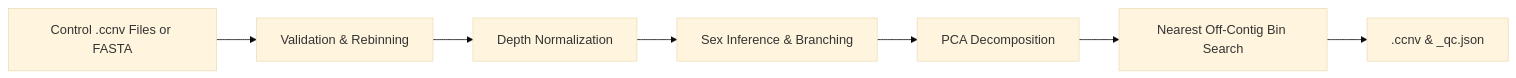
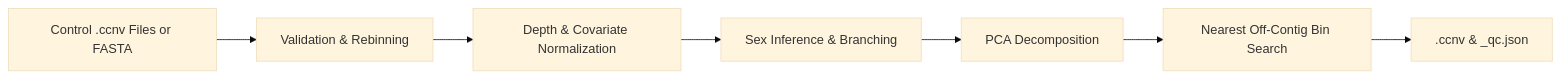
Before and after one commit to matthdsm/ccnv: the second of 3 diagrams in docs/cli.md, drawn with Mermaid (base theme). The commit also changed other lines of this file and 23 other files, not shown here.

First line of the commit message:
feat: add covariate-aware GC and mappability normalization (#8)

````diff
--- a/docs/cli.md
+++ b/docs/cli.md
@@ -70,9 +73,9 @@
 ```mermaid
 flowchart LR
     A["Control .ccnv Files or FASTA"] --> B["Validation & Rebinning"]
-    B --> C["Depth Normalization"]
+    B --> C["Depth & Covariate Normalization"]
     C --> D["Sex Inference & Branching"]
     D --> E["PCA Decomposition"]
     E --> F["Nearest Off-Contig Bin Search"]
     F --> G["<prefix>.ccnv & <prefix>_qc.json"]
 ```
````
